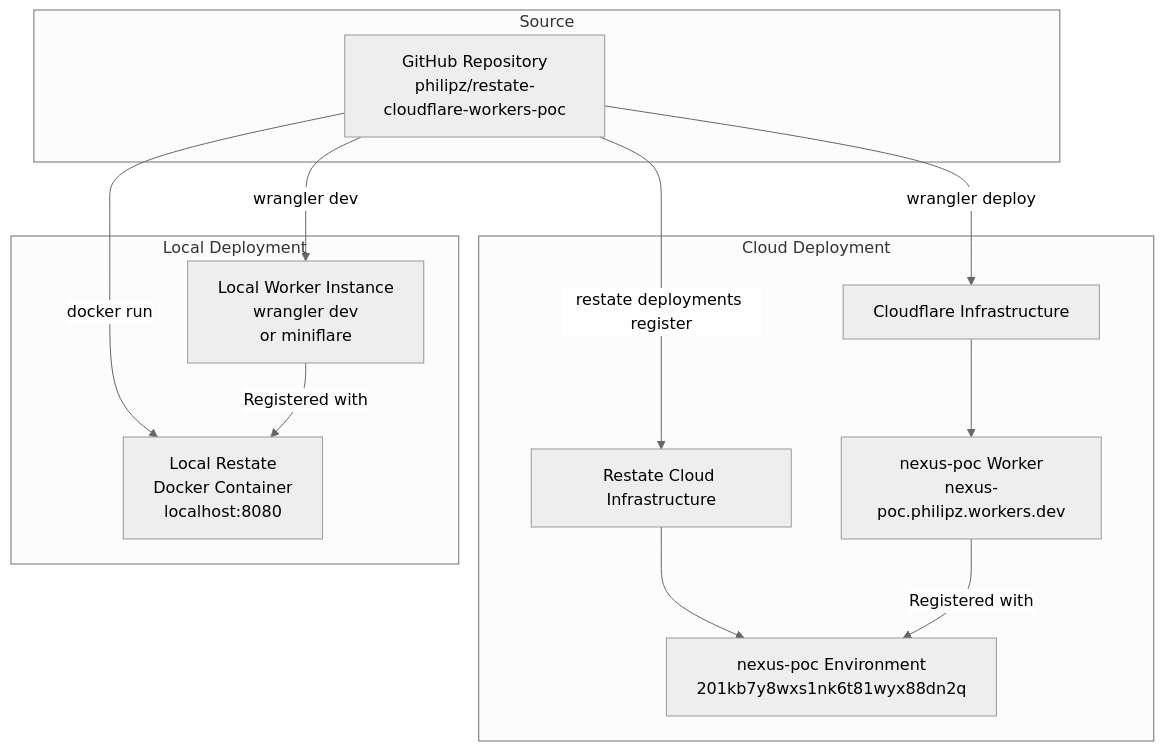
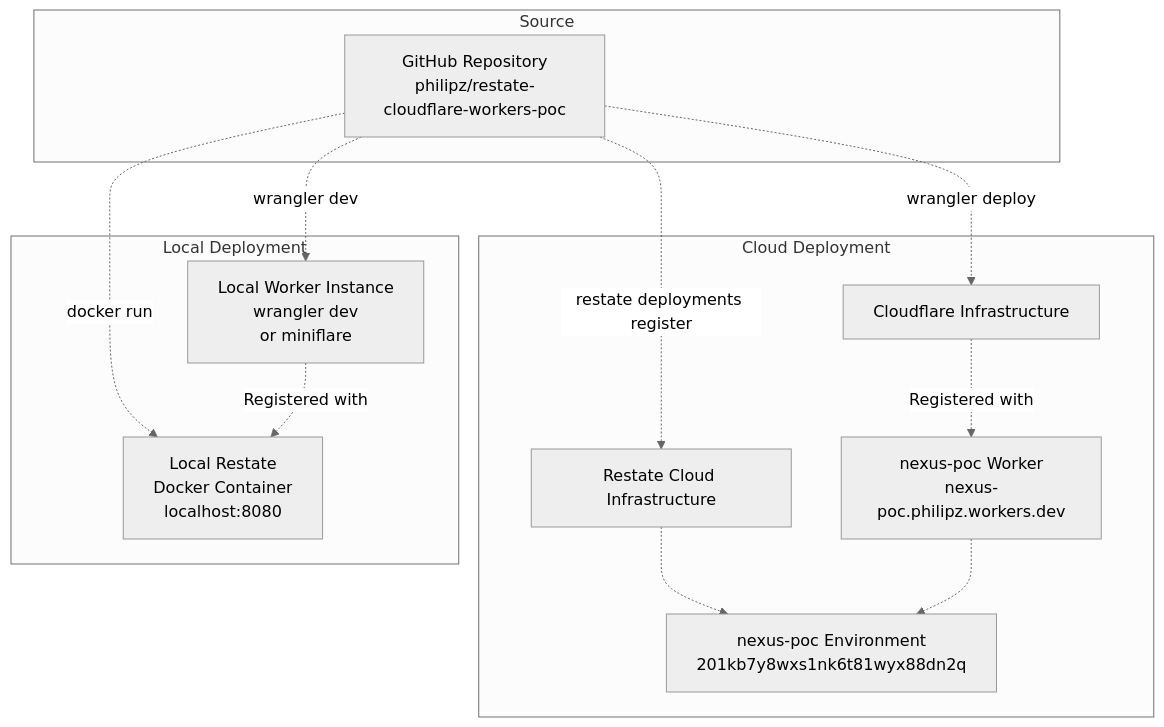
Before and after one commit to philipz/restate-cloudflare-workers-poc: the third of 3 diagrams in docs/deepwiki/Development-&-Deployment.md, drawn with Mermaid (neutral theme). The commit also changed other lines of this file and 27 other files, not shown here.

````diff
--- a/docs/deepwiki/Development-&-Deployment.md
+++ b/docs/deepwiki/Development-&-Deployment.md
@@ -289,36 +289,36 @@
 ```mermaid
 flowchart TD
 
 Repo["GitHub Repository<br>philipz/restate-cloudflare-workers-poc"]
 LocalWorker["Local Worker Instance<br>wrangler dev<br>or miniflare"]
 LocalRestate["Local Restate<br>Docker Container<br>localhost:8080"]
 CFInfra["Cloudflare Infrastructure"]
 CFWorker["nexus-poc Worker<br>nexus-poc.philipz.workers.dev"]
 RestateInfra["Restate Cloud Infrastructure"]
 RestateEnv["nexus-poc Environment<br>201kb7y8wxs1nk6t81wyx88dn2q"]
 
-Repo -->|"wrangler dev"| LocalWorker
-Repo -->|"docker run"| LocalRestate
-Repo -->|"wrangler deploy"| CFInfra
-Repo -->|"restate deployments register"| RestateInfra
+Repo -.->|"wrangler dev"| LocalWorker
+Repo -.->|"docker run"| LocalRestate
+Repo -.->|"wrangler deploy"| CFInfra
+Repo -.->|"restate deployments register"| RestateInfra
 
 subgraph subGraph2 ["Cloud Deployment"]
     CFInfra
     CFWorker
     RestateInfra
     RestateEnv
-    CFInfra --> CFWorker
-    RestateInfra --> RestateEnv
-    CFWorker -->|"Registered with"| RestateEnv
+    CFInfra -.->|"Registered with"| CFWorker
+    RestateInfra -.-> RestateEnv
+    CFWorker -.-> RestateEnv
 end
 
 subgraph subGraph1 ["Local Deployment"]
     LocalWorker
     LocalRestate
-    LocalWorker -->|"Registered with"| LocalRestate
+    LocalWorker -.->|"Registered with"| LocalRestate
 end
 
 subgraph Source ["Source"]
     Repo
 end
 ```
````
